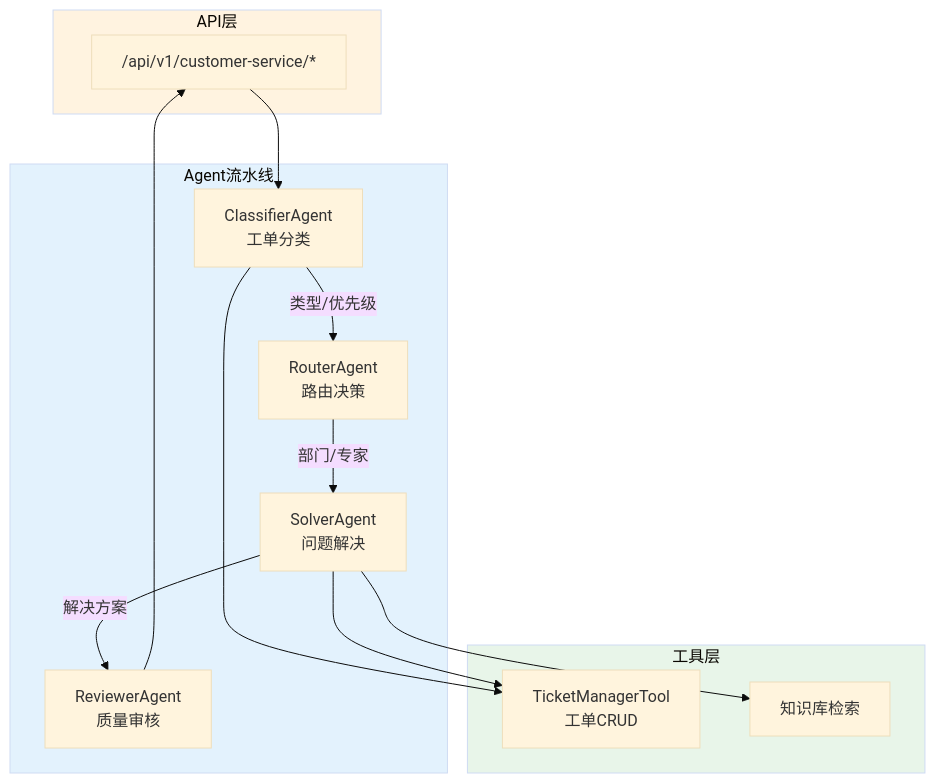
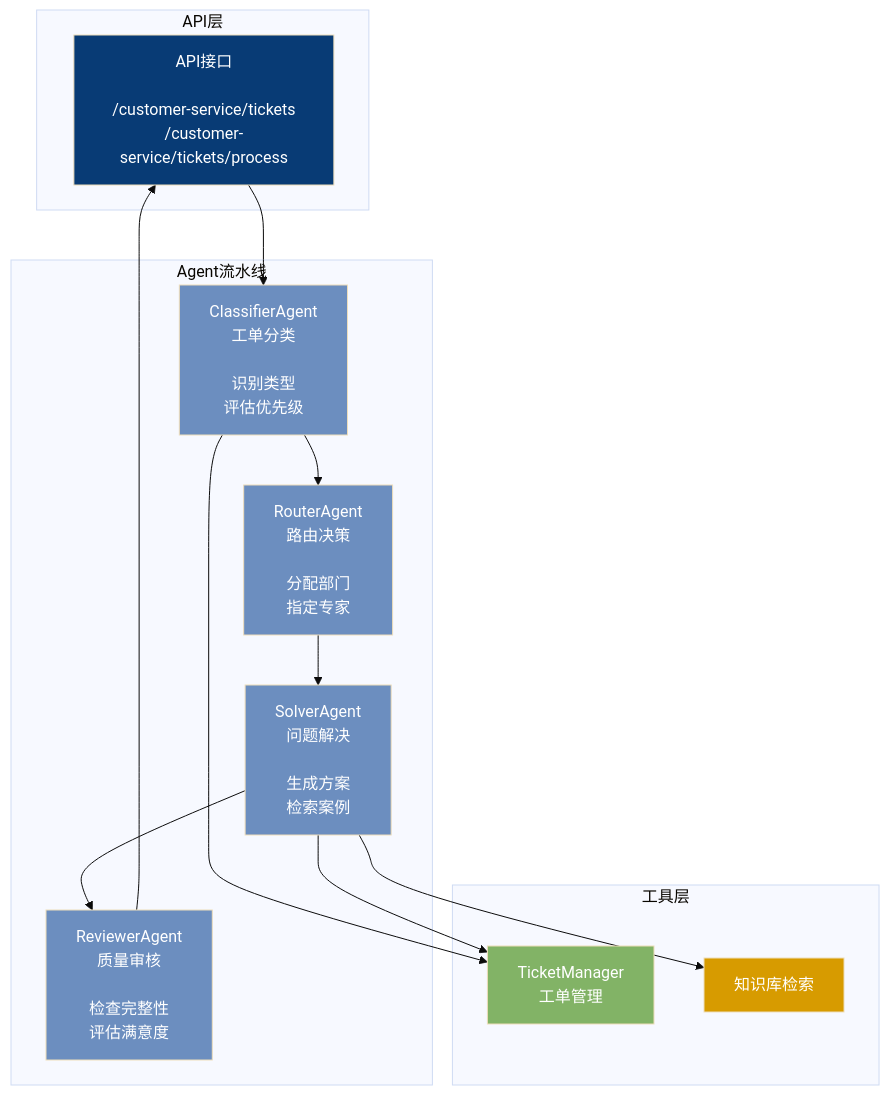
One commit to Aiting-for-you/OpsPilot changed the first of 2 diagrams in OpsPilot/docs/architecture/module-customer-service.md. Above: the diagram before and after it, drawn with Mermaid (base theme). The commit also changed other lines of this file and 6 other files, not shown here.

Commit message:
style: 重构架构图设计，采用C4模型原则

````diff
--- a/OpsPilot/docs/architecture/module-customer-service.md
+++ b/OpsPilot/docs/architecture/module-customer-service.md
@@ -5,32 +5,36 @@
 ```mermaid
 graph TB
     subgraph API层
-        API["/api/v1/customer-service/*"]
+        API[API接口<br/><br/>/customer-service/tickets<br/>/customer-service/tickets/process]
     end
-    
+
     subgraph Agent流水线
-        CLASSIFY["ClassifierAgent<br/>工单分类"]
-        ROUTER["RouterAgent<br/>路由决策"]
-        SOLVER["SolverAgent<br/>问题解决"]
-        REVIEWER["ReviewerAgent<br/>质量审核"]
+        CLASSIFY[ClassifierAgent<br/>工单分类<br/><br/>识别类型<br/>评估优先级]
+        ROUTER[RouterAgent<br/>路由决策<br/><br/>分配部门<br/>指定专家]
+        SOLVER[SolverAgent<br/>问题解决<br/><br/>生成方案<br/>检索案例]
+        REVIEWER[ReviewerAgent<br/>质量审核<br/><br/>检查完整性<br/>评估满意度]
     end
-    
+
     subgraph 工具层
-        TM["TicketManagerTool<br/>工单CRUD"]
-        KB["知识库检索"]
+        TM[TicketManager<br/>工单管理]
+        KB[知识库检索]
     end
-    
+
     API --> CLASSIFY
-    CLASSIFY --> |"类型/优先级"| ROUTER
-    ROUTER --> |"部门/专家"| SOLVER
-    SOLVER --> |"解决方案"| REVIEWER
+    CLASSIFY --> ROUTER
+    ROUTER --> SOLVER
+    SOLVER --> REVIEWER
     REVIEWER --> API
-    
+
     CLASSIFY --> TM
     SOLVER --> TM
     SOLVER --> KB
 
-    style API层 fill:#fff3e0
-    style Agent流水线 fill:#e3f2fd
-    style 工具层 fill:#e8f5e9
+    style API fill:#083B75,color:#fff
+    style CLASSIFY fill:#6C8EBF,color:#fff
+    style ROUTER fill:#6C8EBF,color:#fff
+    style SOLVER fill:#6C8EBF,color:#fff
+    style REVIEWER fill:#6C8EBF,color:#fff
+    style TM fill:#82B366,color:#fff
+    style KB fill:#D79B00,color:#fff
 ```
````
